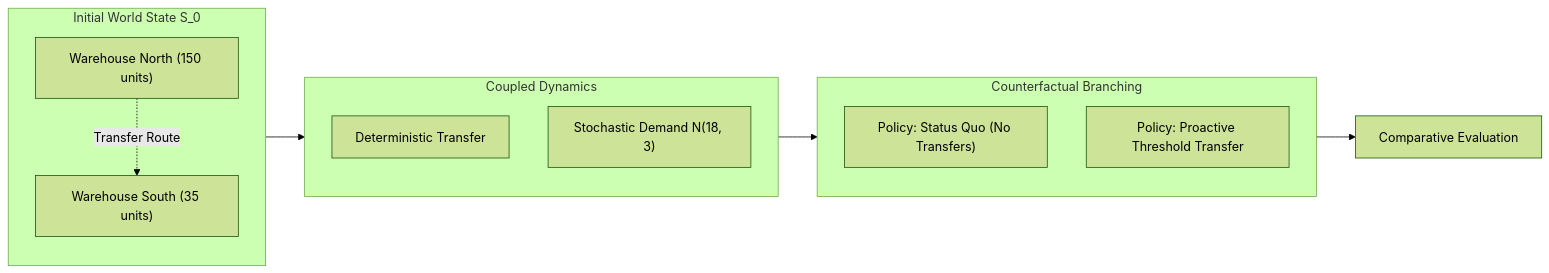
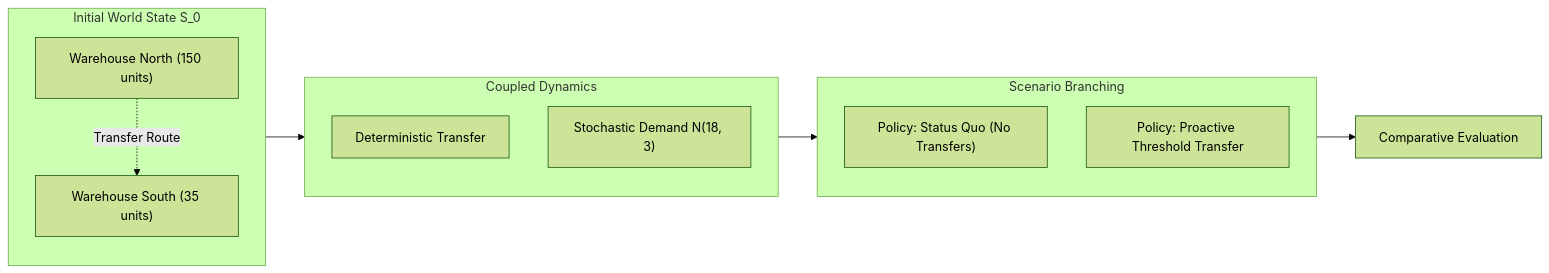
One commit to vfcarida/Enterprise-World-Model-Engine changed the diagram in docs/examples/minimal-world.md. Above: the diagram before and after it, drawn with Mermaid (forest theme). The commit also changed other lines of this file and 105 other files, not shown here.

````diff
--- a/docs/examples/minimal-world.md
+++ b/docs/examples/minimal-world.md
@@ -9,22 +9,22 @@
 ```mermaid
 flowchart LR
     subgraph S0["Initial World State S_0"]
         WH_N["Warehouse North (150 units)"]
         WH_S["Warehouse South (35 units)"]
         WH_N -.->|"Transfer Route"| WH_S
     end
 
     subgraph Dynamics["Coupled Dynamics"]
         XFER["Deterministic Transfer"]
         DEMAND["Stochastic Demand N(18, 3)"]
     end
 
-    subgraph Branching["Counterfactual Branching"]
+    subgraph Branching["Scenario Branching"]
         BASE["Policy: Status Quo (No Transfers)"]
         PRO["Policy: Proactive Threshold Transfer"]
     end
 
     S0 --> Dynamics
     Dynamics --> Branching
     Branching --> RES["Comparative Evaluation"]
 ```
````
